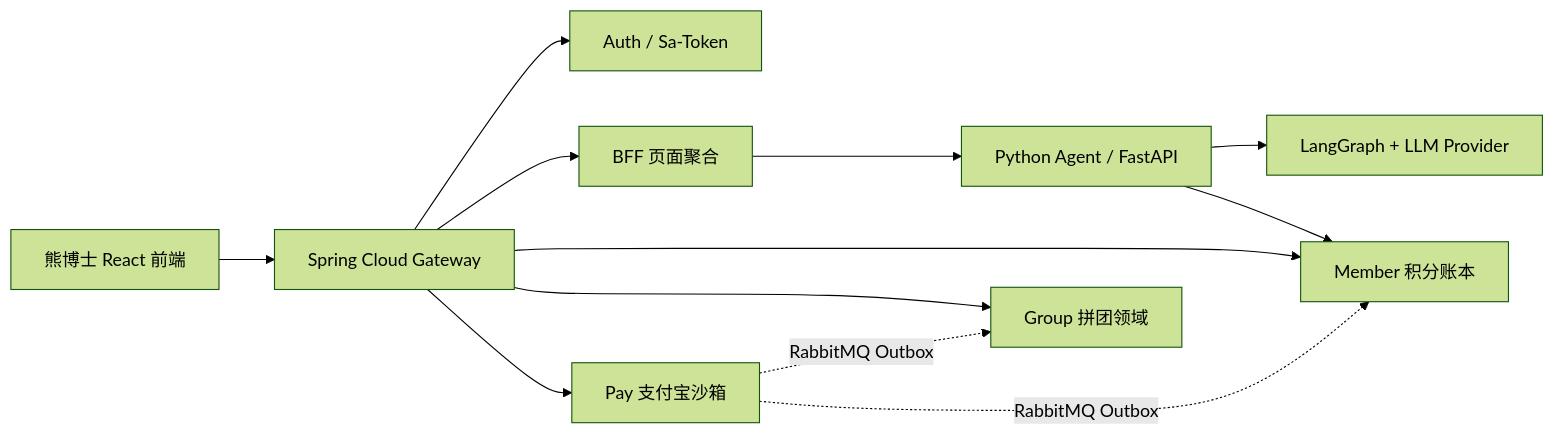
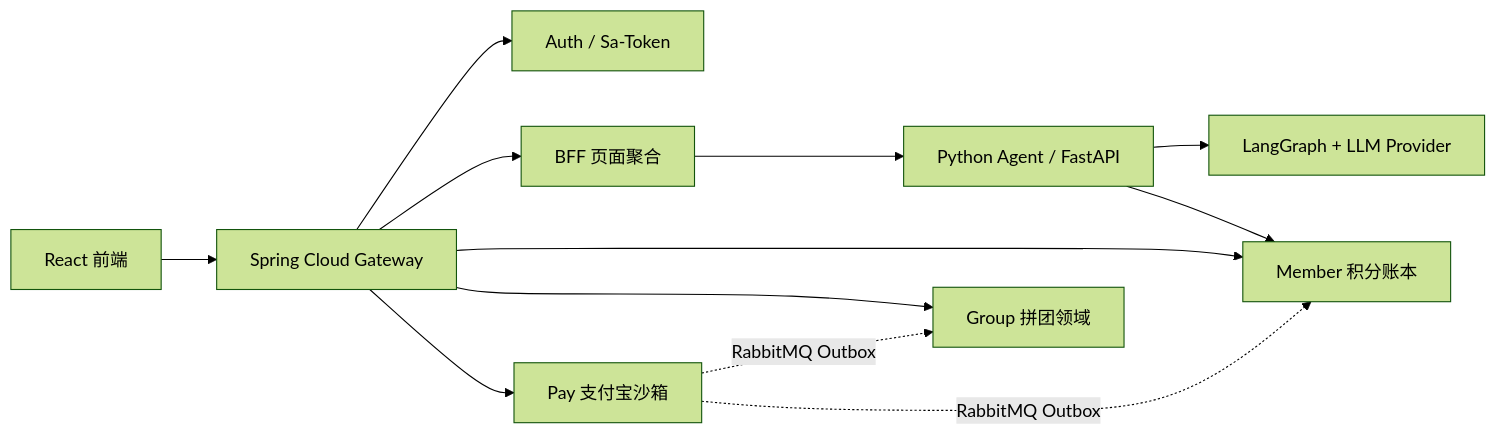
One commit to zhanglinrun/ai-group changed the diagram in README.md. Above: the diagram before and after it, drawn with Mermaid (forest theme). The commit also changed other lines of this file and 105 other files, not shown here.

````diff
--- a/README.md
+++ b/README.md
@@ -5,14 +32,14 @@
 ```mermaid
 flowchart LR
-  WEB[熊博士 React 前端] --> GW[Spring Cloud Gateway]
+  WEB[React 前端] --> GW[Spring Cloud Gateway]
   GW --> AUTH[Auth / Sa-Token]
   GW --> BFF[BFF 页面聚合]
   GW --> MEMBER[Member 积分账本]
   GW --> GROUP[Group 拼团领域]
   GW --> PAY[Pay 支付宝沙箱]
   BFF --> AGENT[Python Agent / FastAPI]
   AGENT --> LG[LangGraph + LLM Provider]
   AGENT --> MEMBER
   PAY -. RabbitMQ Outbox .-> GROUP
   PAY -. RabbitMQ Outbox .-> MEMBER
 ```
````
